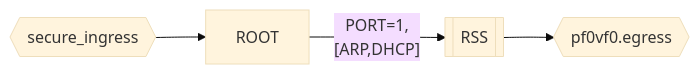
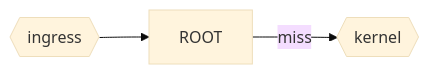
The seventh of 7 diagrams in README.md (nvbrent/doca-psp-sample-app), drawn with Mermaid (base theme) before and after one commit. The commit also changed other lines of this file and 1 other file, not shown here.

````diff
--- a/README.md
+++ b/README.md
@@ -123,13 +201,9 @@
 ```mermaid
  %%{init:{'flowchart':{'useMaxWidth':false}}}%%
 flowchart LR
-    secure_ingress{{secure_ingress}}
-    pf0vf0.egress{{pf0vf0.egress}}
-    RSS[[RSS]]
+    ingress{{ingress}}
+    kernel{{kernel}}
 
-    secure_ingress-->ROOT
-
-    ROOT-->|"PORT=1,
-    [ARP,DHCP]"|RSS
-    RSS-->pf0vf0.egress
+    ingress-->ROOT
+    ROOT-->|miss|kernel
 ```
````
